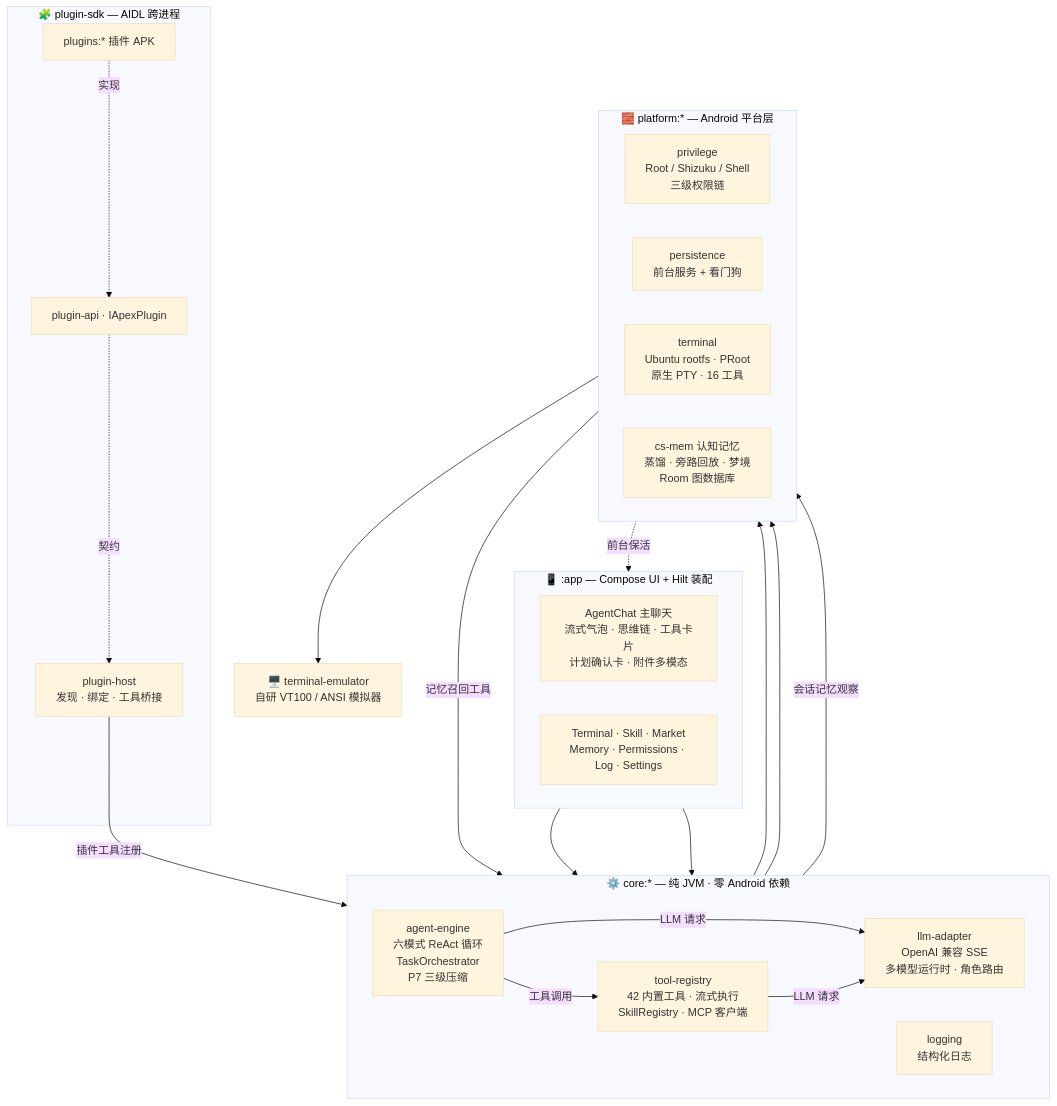
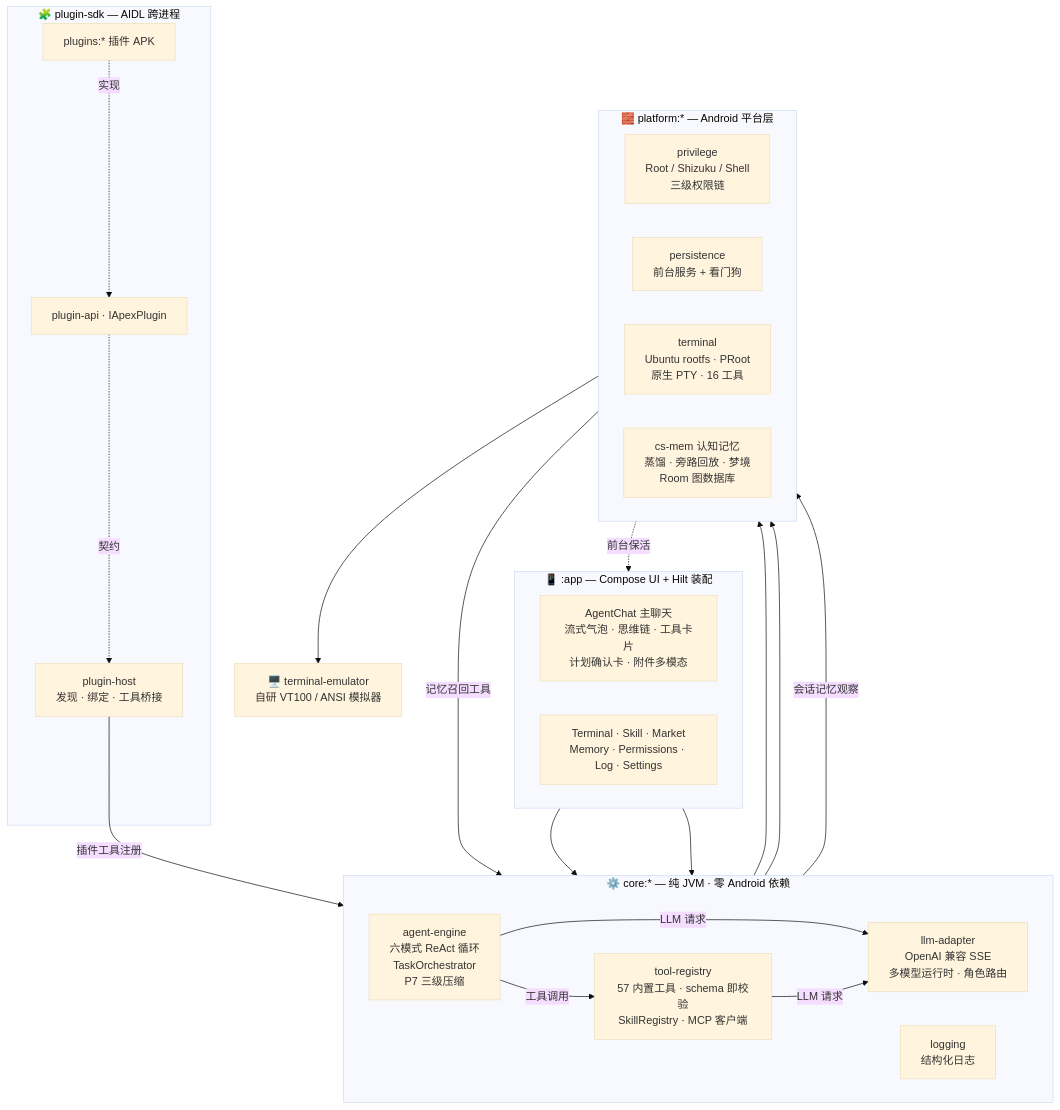
One commit to AceGuru-mjh/Android-Guru-Agent changed the first of 5 diagrams in README.md. Above: the diagram before and after it, drawn with Mermaid (base theme). The commit also changed other lines of this file, not shown here.

````diff
--- a/README.md
+++ b/README.md
@@ -166,47 +166,47 @@
 ```mermaid
 flowchart TB
     subgraph APP["📱 :app — Compose UI + Hilt 装配"]
         direction LR
         CHAT["AgentChat 主聊天<br/>流式气泡 · 思维链 · 工具卡片<br/>计划确认卡 · 附件多模态"]
         SCREENS["Terminal · Skill · Market<br/>Memory · Permissions · Log · Settings"]
     end
 
     subgraph CORE["⚙️ core:* — 纯 JVM · 零 Android 依赖"]
         direction LR
         ENGINE["agent-engine<br/>六模式 ReAct 循环<br/>TaskOrchestrator<br/>P7 三级压缩"]
-        TOOLS["tool-registry<br/>42 内置工具 · 流式执行<br/>SkillRegistry · MCP 客户端"]
+        TOOLS["tool-registry<br/>57 内置工具 · schema 即校验<br/>SkillRegistry · MCP 客户端"]
         LLM["llm-adapter<br/>OpenAI 兼容 SSE<br/>多模型运行时 · 角色路由"]
         LOGC["logging<br/>结构化日志"]
     end
 
     subgraph PLAT["🧱 platform:* — Android 平台层"]
         direction LR
         PRIV["privilege<br/>Root / Shizuku / Shell<br/>三级权限链"]
         PERSIST["persistence<br/>前台服务 + 看门狗"]
         TERM["terminal<br/>Ubuntu rootfs · PRoot<br/>原生 PTY · 16 工具"]
         CSMEM["cs-mem 认知记忆<br/>蒸馏 · 旁路回放 · 梦境<br/>Room 图数据库"]
     end
 
     VTE["🖥️ terminal-emulator<br/>自研 VT100 / ANSI 模拟器"]
 
     subgraph PLUG["🧩 plugin-sdk — AIDL 跨进程"]
         PAPI["plugin-api · IApexPlugin"]
         PHOST["plugin-host<br/>发现 · 绑定 · 工具桥接"]
         PLUGINS["plugins:* 插件 APK"]
     end
 
     CHAT --> ENGINE
     SCREENS --> ENGINE
     ENGINE -->|工具调用| TOOLS
     ENGINE -->|LLM 请求| LLM
     TOOLS -->|LLM 请求| LLM
     TOOLS --> PRIV
     TOOLS --> TERM
     CSMEM -->|记忆召回工具| TOOLS
     ENGINE -->|会话记忆观察| CSMEM
     TERM --> VTE
     PHOST -->|插件工具注册| TOOLS
     PERSIST -.前台保活.-> APP
     PAPI -.契约.-> PHOST
     PLUGINS -.实现.-> PAPI
 ```
````
